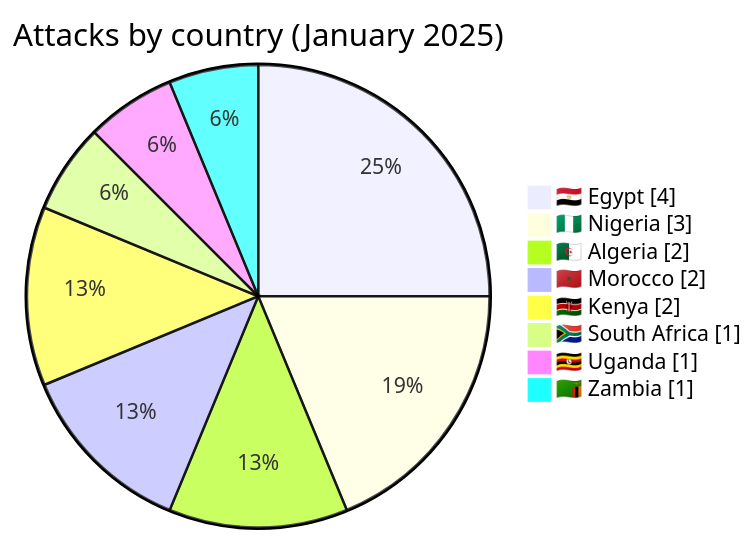
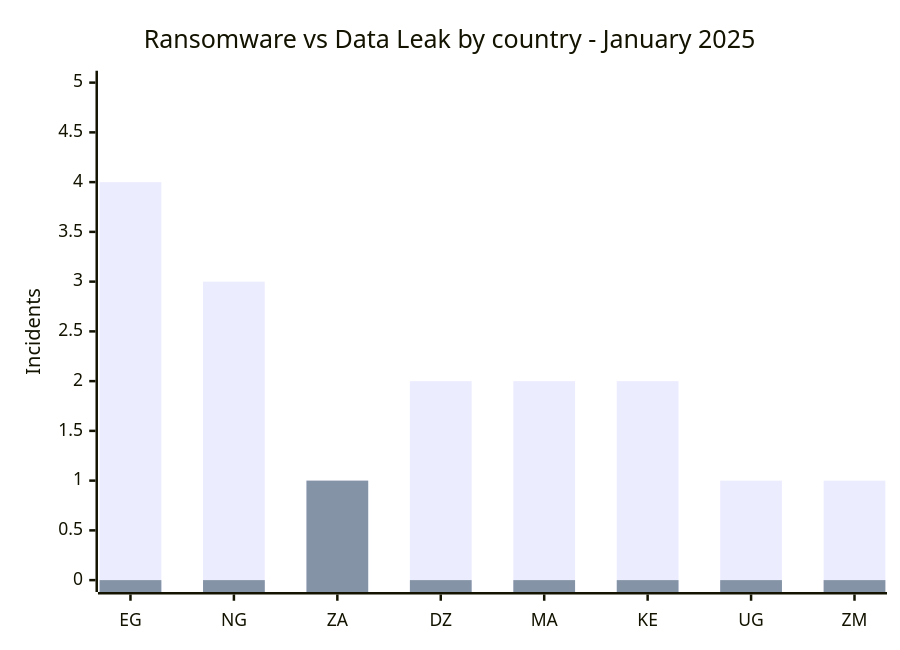
Before and after one commit to Hatchepsoute/AFRINTEL: the third of 7 diagrams in CyberAttackAfrica/2025/01-january/README.md, drawn with Mermaid. The commit also changed other lines of this file and 45 other files, not shown here.

````diff
--- a/CyberAttackAfrica/2025/01-january/README.md
+++ b/CyberAttackAfrica/2025/01-january/README.md
@@ -81,12 +100,8 @@
 ```mermaid
-pie showData
-    title Attacks by country (January 2025)
-    "🇪🇬 Egypt" : 4
-    "🇳🇬 Nigeria" : 3
-    "🇩🇿 Algeria" : 2
-    "🇲🇦 Morocco" : 2
-    "🇰🇪 Kenya" : 2
-    "🇿🇦 South Africa" : 1
-    "🇺🇬 Uganda" : 1
-    "🇿🇲 Zambia" : 1
+xychart-beta
+    title "Ransomware vs Data Leak by country - January 2025"
+    x-axis ["EG", "NG", "ZA", "DZ", "MA", "KE", "UG", "ZM"]
+    y-axis "Incidents" 0 --> 5
+    bar [4, 3, 1, 2, 2, 2, 1, 1]
+    bar [0, 0, 1, 0, 0, 0, 0, 0]
 ```
````
